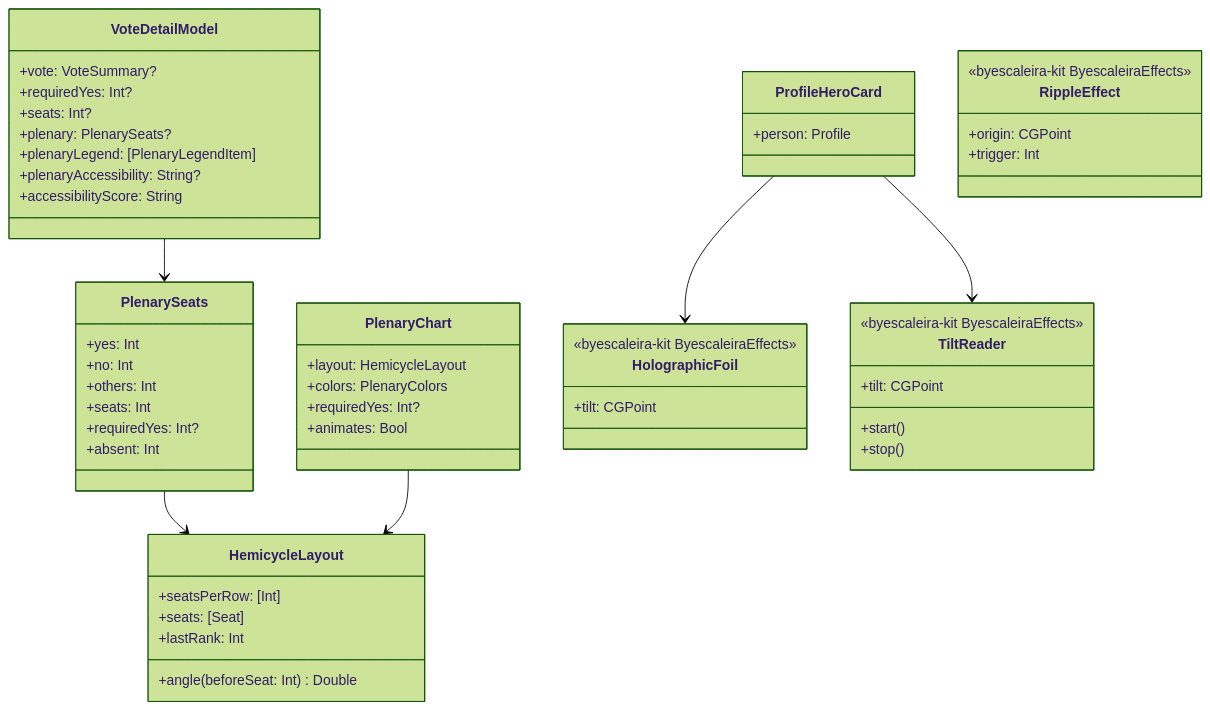
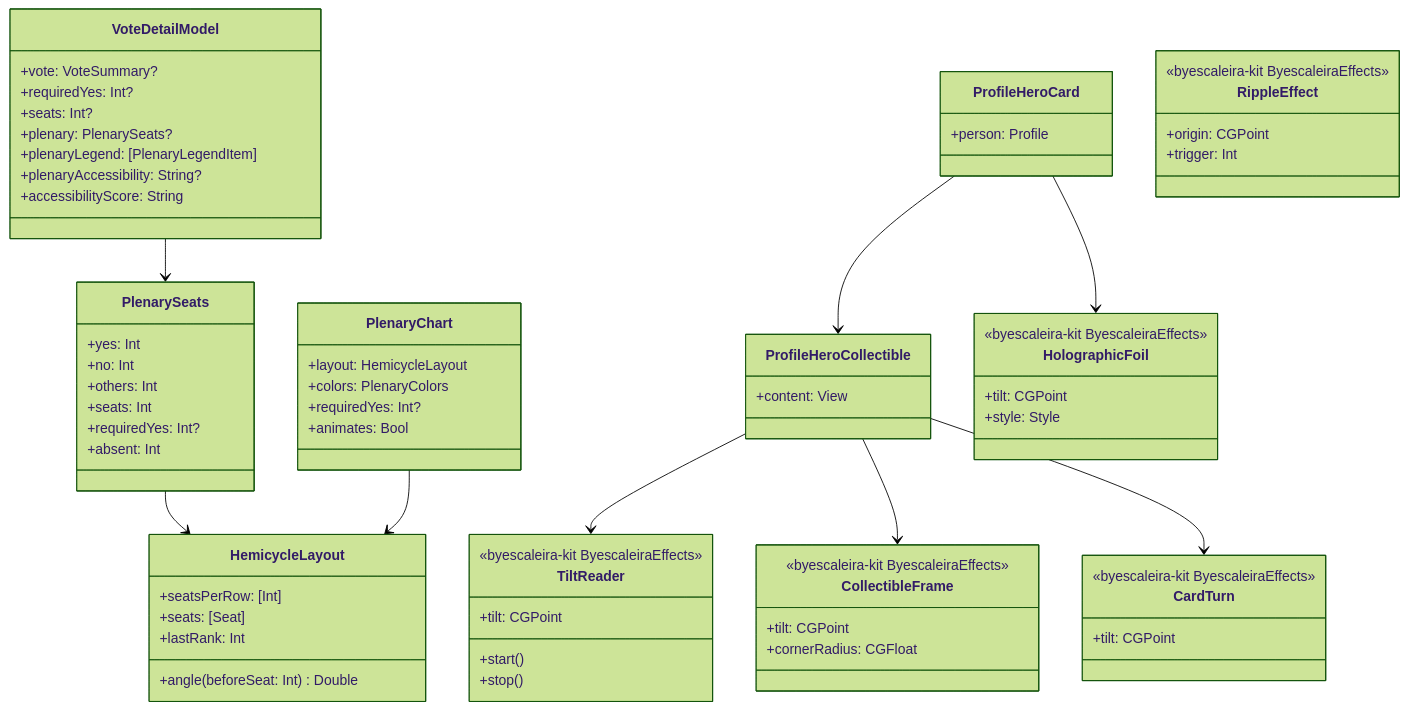
The diagram in spdd/prompt/FSC-023-202611052151-[Feat]-plenary-and-holographic-card.md (byescaleira/fiscal), drawn with Mermaid (forest theme) before and after one commit. The commit also changed other lines of this file and 4 other files, not shown here.

First line of the commit message:
Turn the politician card into a collectible card

````diff
--- a/spdd/prompt/FSC-023-202611052151-[Feat]-plenary-and-holographic-card.md
+++ b/spdd/prompt/FSC-023-202611052151-[Feat]-plenary-and-holographic-card.md
@@ -37,55 +44,71 @@
 ```mermaid
 classDiagram
     class VoteDetailModel {
         +vote: VoteSummary?
         +requiredYes: Int?
         +seats: Int?
         +plenary: PlenarySeats?
         +plenaryLegend: [PlenaryLegendItem]
         +plenaryAccessibility: String?
         +accessibilityScore: String
     }
     class PlenarySeats {
         +yes: Int
         +no: Int
         +others: Int
         +seats: Int
         +requiredYes: Int?
         +absent: Int
     }
     class HemicycleLayout {
         +seatsPerRow: [Int]
         +seats: [Seat]
         +lastRank: Int
         +angle(beforeSeat: Int) Double
     }
     class PlenaryChart {
         +layout: HemicycleLayout
         +colors: PlenaryColors
         +requiredYes: Int?
         +animates: Bool
     }
     class ProfileHeroCard {
         +person: Profile
     }
+    class ProfileHeroCollectible {
+        +content: View
+    }
     class HolographicFoil {
+        <<byescaleira-kit ByescaleiraEffects>>
+        +tilt: CGPoint
+        +style: Style
+    }
+    class CollectibleFrame {
+        <<byescaleira-kit ByescaleiraEffects>>
+        +tilt: CGPoint
+        +cornerRadius: CGFloat
+    }
+    class CardTurn {
         <<byescaleira-kit ByescaleiraEffects>>
         +tilt: CGPoint
     }
     class TiltReader {
         <<byescaleira-kit ByescaleiraEffects>>
         +tilt: CGPoint
         +start()
         +stop()
     }
     class RippleEffect {
         <<byescaleira-kit ByescaleiraEffects>>
         +origin: CGPoint
         +trigger: Int
     }
     VoteDetailModel --> PlenarySeats
     PlenarySeats --> HemicycleLayout
     PlenaryChart --> HemicycleLayout
+    ProfileHeroCard --> ProfileHeroCollectible
     ProfileHeroCard --> HolographicFoil
-    ProfileHeroCard --> TiltReader
+    ProfileHeroCollectible --> TiltReader
+    ProfileHeroCollectible --> CollectibleFrame
+    ProfileHeroCollectible --> CardTurn
 ```
````
